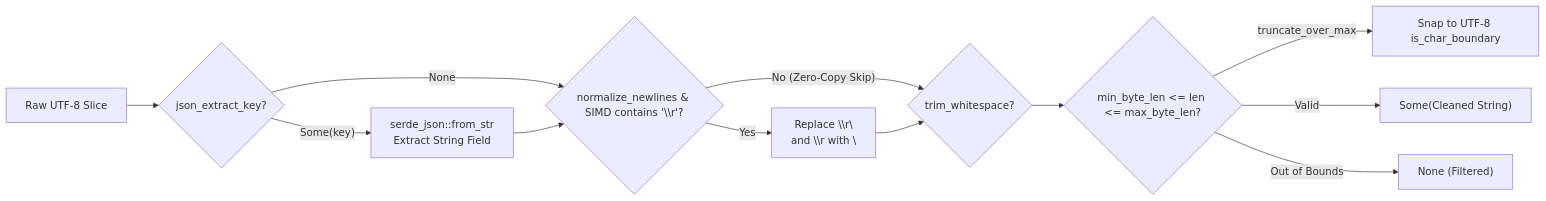
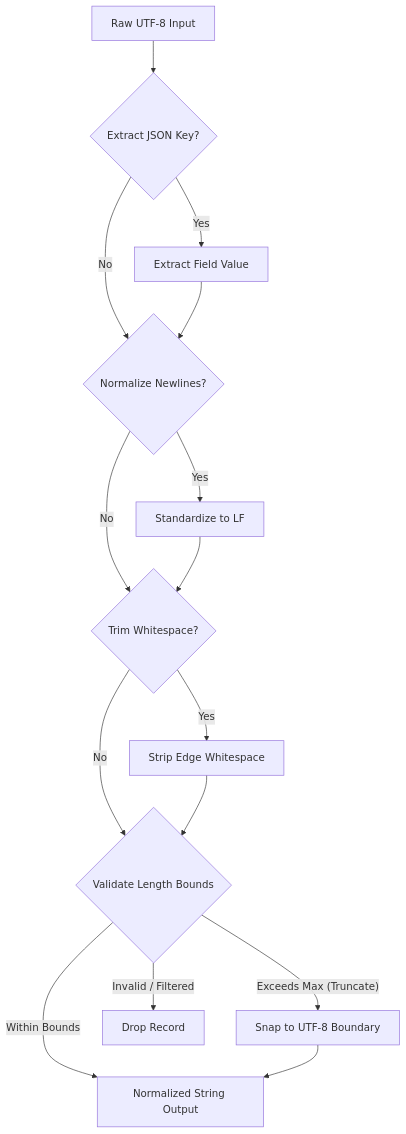
One commit to cloverx-id/luminamoon changed the diagram in docs/dataloader/simd_and_postprocess/README.md. Above: the diagram before and after it, drawn with Mermaid. The commit also changed 33 other files, not shown here.

Commit message:
change diagram style

````diff
--- a/docs/dataloader/simd_and_postprocess/README.md
+++ b/docs/dataloader/simd_and_postprocess/README.md
@@ -53,14 +53,21 @@
 ```mermaid
-flowchart LR
-    Raw["Raw UTF-8 Slice"] --> JSON{"json_extract_key?"}
-    JSON -->|"Some(key)"| Parse["serde_json::from_str\nExtract String Field"]
-    JSON -->|"None"| CRLF{"normalize_newlines & SIMD contains '\\r'?"}
-    Parse --> CRLF
-    CRLF -->|"Yes"| Replace["Replace \\r\\n and \\r with \\n"]
-    CRLF -->|"No (Zero-Copy Skip)"| Trim{"trim_whitespace?"}
-    Replace --> Trim
-    Trim --> Bounds{"min_byte_len <= len <= max_byte_len?"}
-    Bounds -->|"truncate_over_max"| CharBound["Snap to UTF-8 is_char_boundary"]
-    Bounds -->|"Valid"| Output["Some(Cleaned String)"]
-    Bounds -->|"Out of Bounds"| Drop["None (Filtered)"]
+flowchart TD
+    Raw["Raw UTF-8 Input"] --> CheckJSON{"Extract JSON Key?"}
+    
+    CheckJSON -->|"Yes"| ParseJSON["Extract Field Value"]
+    CheckJSON -->|"No"| CheckCRLF
+    ParseJSON --> CheckCRLF{"Normalize Newlines?"}
+
+    CheckCRLF -->|"Yes"| NormCRLF["Standardize to LF"]
+    CheckCRLF -->|"No"| CheckTrim
+    NormCRLF --> CheckTrim{"Trim Whitespace?"}
+
+    CheckTrim -->|"Yes"| Trim["Strip Edge Whitespace"]
+    CheckTrim -->|"No"| CheckLength
+    Trim --> CheckLength{"Validate Length Bounds"}
+
+    CheckLength -->|"Within Bounds"| Output["Normalized String Output"]
+    CheckLength -->|"Exceeds Max (Truncate)"| Truncate["Snap to UTF-8 Boundary"]
+    Truncate --> Output
+    CheckLength -->|"Invalid / Filtered"| Discard["Drop Record"]
 ```
````
